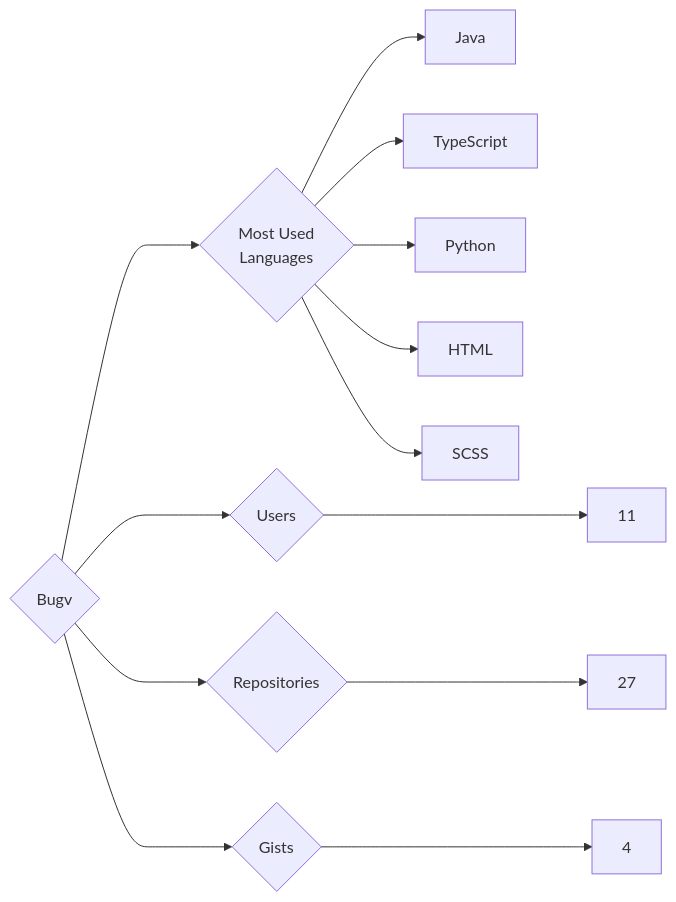
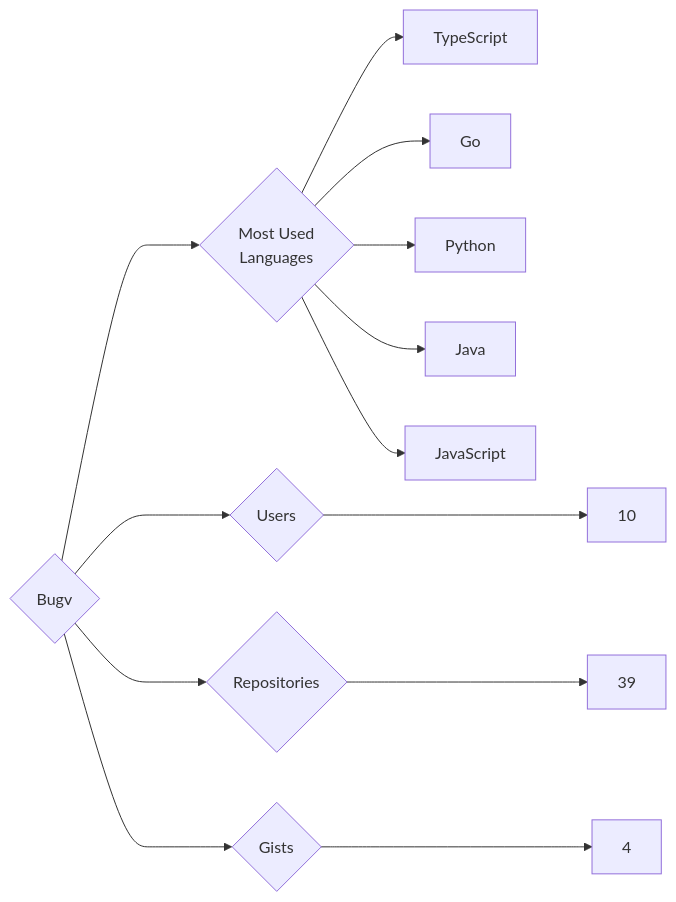
The diagram in targets/Bugv/README.md (trickest/insiders), drawn with Mermaid before and after one commit. The commit also changed 1092 other files, not shown here.

````diff
--- a/targets/Bugv/README.md
+++ b/targets/Bugv/README.md
@@ -3,13 +3,13 @@
 ```mermaid
 graph LR
 COMPANY_NAME{Bugv}
-COMPANY_NAME ---> U{Users} ---> UN[11]
-COMPANY_NAME ---> R{Repositories} ---> RN[27]
+COMPANY_NAME ---> U{Users} ---> UN[10]
+COMPANY_NAME ---> R{Repositories} ---> RN[39]
 COMPANY_NAME ---> G{Gists} ---> GN[4]
 COMPANY_NAME ---> ML{Most Used<br>Languages}
+ML --> TypeScript[TypeScript]
+ML --> Go[Go]
+ML --> Python[Python]
 ML --> Java[Java]
-ML --> TypeScript[TypeScript]
-ML --> Python[Python]
-ML --> HTML[HTML]
-ML --> SCSS[SCSS]
+ML --> JavaScript[JavaScript]
 ```
````
